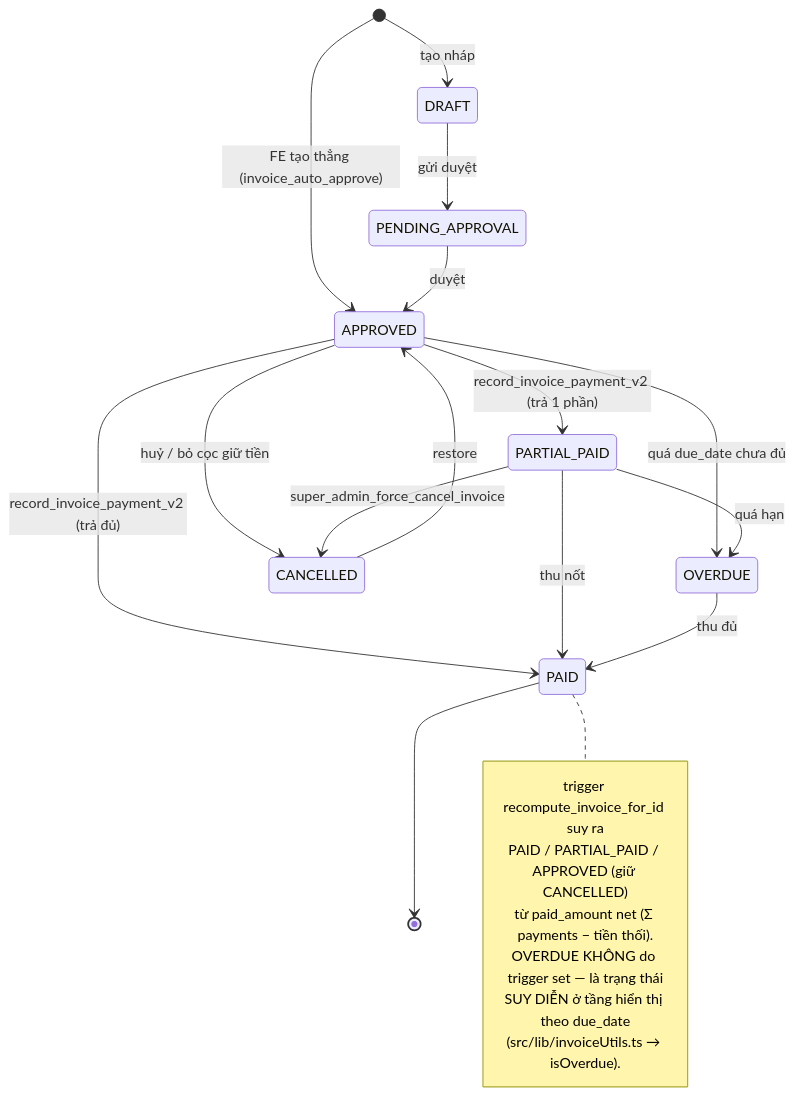
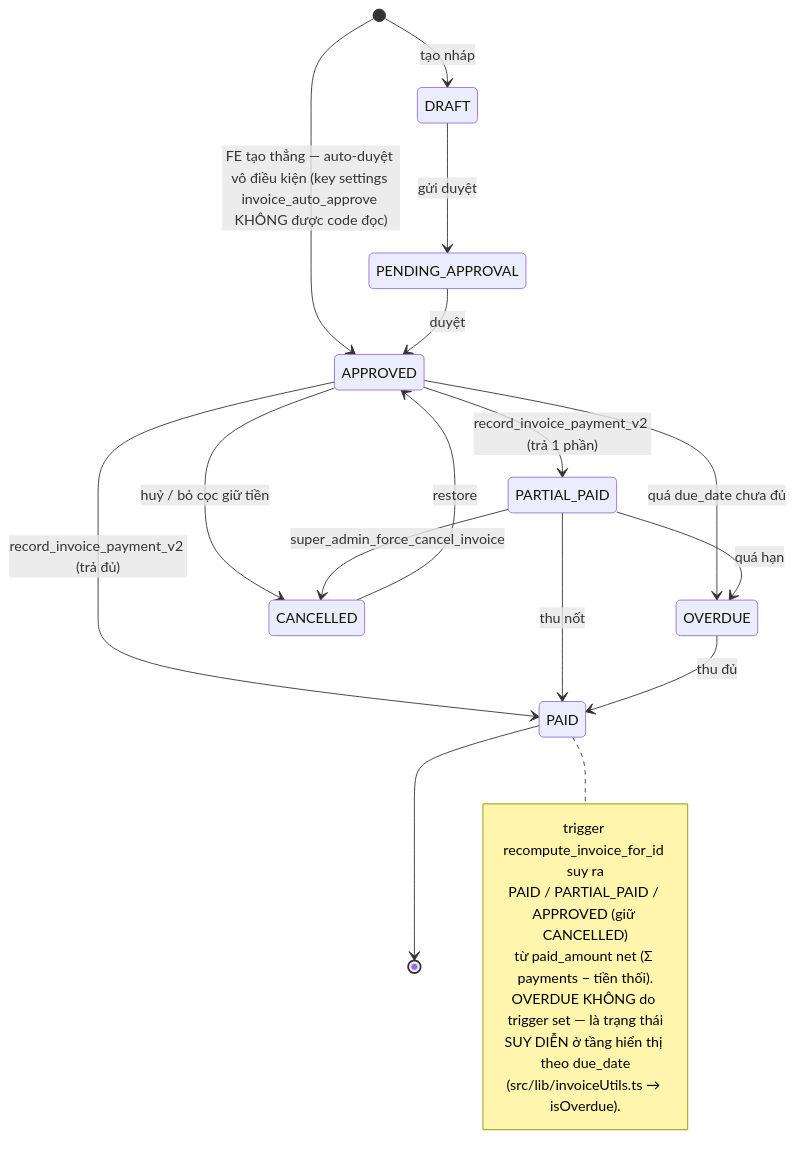
Before and after one commit to zxGreenxz/whiteboard-ihomecrm: the fifth of 7 diagrams in docs/he-thong/99-quy-trinh-tong.md, drawn with Mermaid. The commit also changed other lines of this file and 17 other files, not shown here.

````diff
--- a/docs/he-thong/99-quy-trinh-tong.md
+++ b/docs/he-thong/99-quy-trinh-tong.md
@@ -291,25 +319,25 @@
 ```mermaid
 stateDiagram-v2
-    [*] --> APPROVED: FE tạo thẳng (invoice_auto_approve)
+    [*] --> APPROVED: FE tạo thẳng — auto-duyệt vô điều kiện (key settings invoice_auto_approve KHÔNG được code đọc)
     [*] --> DRAFT: tạo nháp
     DRAFT --> PENDING_APPROVAL: gửi duyệt
     PENDING_APPROVAL --> APPROVED: duyệt
     APPROVED --> PARTIAL_PAID: record_invoice_payment_v2 (trả 1 phần)
     APPROVED --> PAID: record_invoice_payment_v2 (trả đủ)
     PARTIAL_PAID --> PAID: thu nốt
     APPROVED --> OVERDUE: quá due_date chưa đủ
     PARTIAL_PAID --> OVERDUE: quá hạn
     OVERDUE --> PAID: thu đủ
     APPROVED --> CANCELLED: huỷ / bỏ cọc giữ tiền
     PARTIAL_PAID --> CANCELLED: super_admin_force_cancel_invoice
     CANCELLED --> APPROVED: restore
     PAID --> [*]
     note right of PAID
         trigger recompute_invoice_for_id suy ra
         PAID / PARTIAL_PAID / APPROVED (giữ CANCELLED)
         từ paid_amount net (Σ payments − tiền thối).
         OVERDUE KHÔNG do trigger set — là trạng thái
         SUY DIỄN ở tầng hiển thị theo due_date
         (src/lib/invoiceUtils.ts → isOverdue).
     end note
 ```
````
